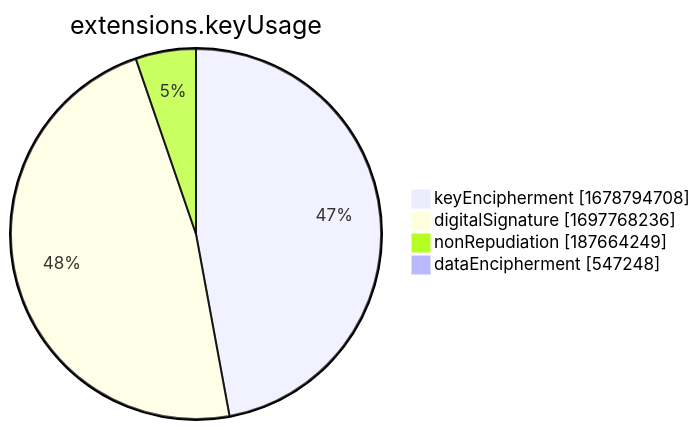
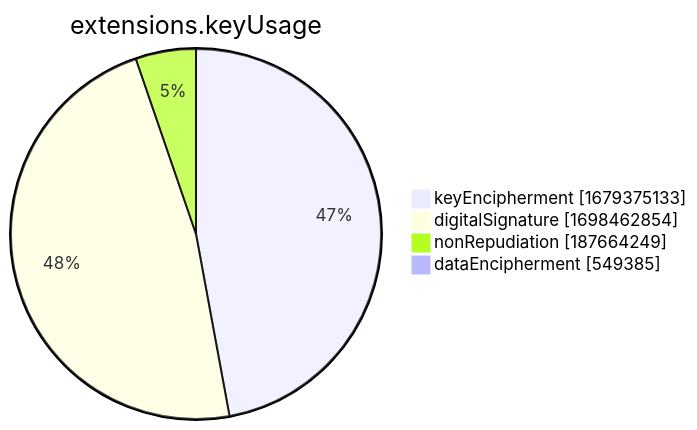
One commit to christiankrug/ctmonitor_visualization changed the seventh of 15 diagrams in xenon2022/README.md. Above: the diagram before and after it, drawn with Mermaid. The commit also changed other lines of this file, not shown here.

````diff
--- a/xenon2022/README.md
+++ b/xenon2022/README.md
@@ -2857,8 +2857,8 @@
 ```mermaid
 pie showData
 title extensions.keyUsage
-"keyEncipherment" :1678794708
-"digitalSignature" :1697768236
+"keyEncipherment" :1679375133
+"digitalSignature" :1698462854
 "nonRepudiation" :187664249
-"dataEncipherment" :547248
+"dataEncipherment" :549385
 ```
````
